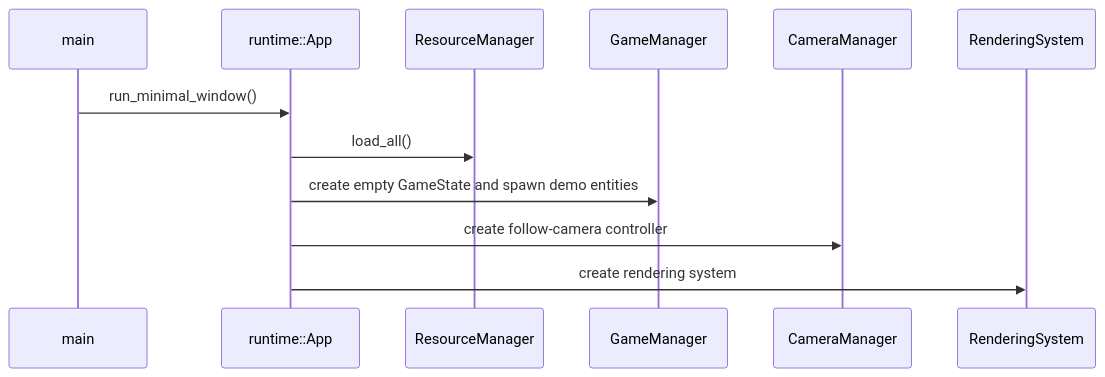
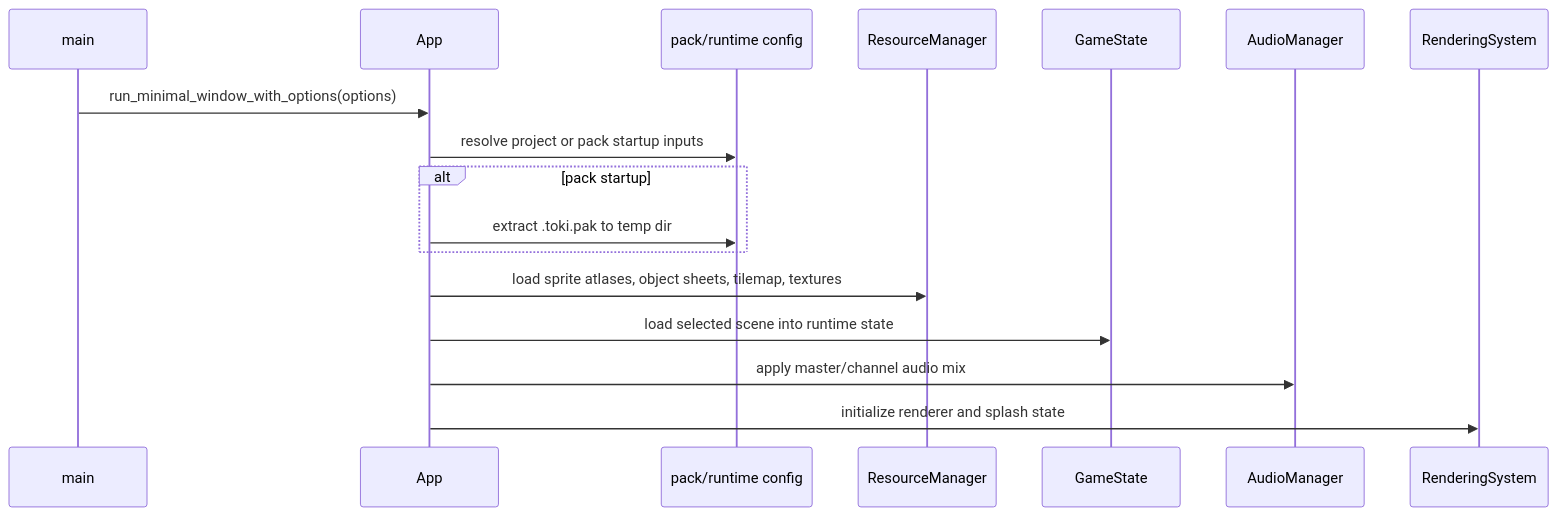
Before and after one commit to daredem0/ToKi: the sixth of 10 diagrams in docs/SDD_SAD.md, drawn with Mermaid. The commit also changed other lines of this file and 1 other file, not shown here.

````diff
--- a/docs/SDD_SAD.md
+++ b/docs/SDD_SAD.md
@@ -354,15 +396,20 @@
 ```mermaid
 sequenceDiagram
     participant M as main
-    participant A as runtime::App
+    participant A as App
+    participant P as pack/runtime config
     participant R as ResourceManager
-    participant G as GameManager
-    participant C as CameraManager
+    participant G as GameState
+    participant AU as AudioManager
     participant RS as RenderingSystem
 
-    M->>A: run_minimal_window()
-    A->>R: load_all()
-    A->>G: create empty GameState and spawn demo entities
-    A->>C: create follow-camera controller
-    A->>RS: create rendering system
+    M->>A: run_minimal_window_with_options(options)
+    A->>P: resolve project or pack startup inputs
+    alt pack startup
+        A->>P: extract .toki.pak to temp dir
+    end
+    A->>R: load sprite atlases, object sheets, tilemap, textures
+    A->>G: load selected scene into runtime state
+    A->>AU: apply master/channel audio mix
+    A->>RS: initialize renderer and splash state
 ```
````
